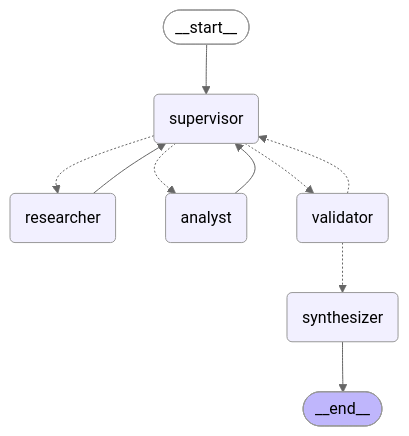
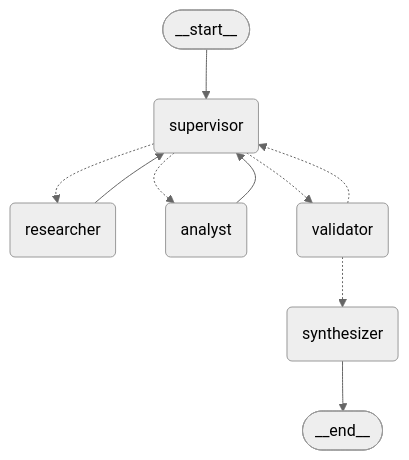
One commit to JhovanEspinal/orquestador-multiagente changed the diagram in README.md. Above: the diagram before and after it, drawn with Mermaid (neutral theme). The commit also changed other lines of this file and 1 other file, not shown here.

Commit message:
Diagrama legible en tema oscuro e imagen PNG del grafo
Se quitan los colores fijos del Mermaid del README, que dejaban texto claro
sobre fondo claro en el tema oscuro de GitHub, y se agrega docs/grafo.png.

````diff
--- a/README.md
+++ b/README.md
@@ -11,22 +11,19 @@
 ```mermaid
 graph TD;
-	__start__([__start__]):::first
+	__start__([__start__])
 	supervisor(supervisor)
 	researcher(researcher)
 	analyst(analyst)
 	validator(validator)
 	synthesizer(synthesizer)
-	__end__([__end__]):::last
+	__end__([__end__])
 	__start__ --> supervisor;
 	analyst --> supervisor;
 	researcher --> supervisor;
 	supervisor -.-> analyst;
 	supervisor -.-> researcher;
 	supervisor -.-> validator;
 	validator -.-> supervisor;
 	validator -.-> synthesizer;
 	synthesizer --> __end__;
-	classDef default fill:#f2f0ff,line-height:1.2
-	classDef first fill-opacity:0
-	classDef last fill:#bfb6fc
 ```
````
